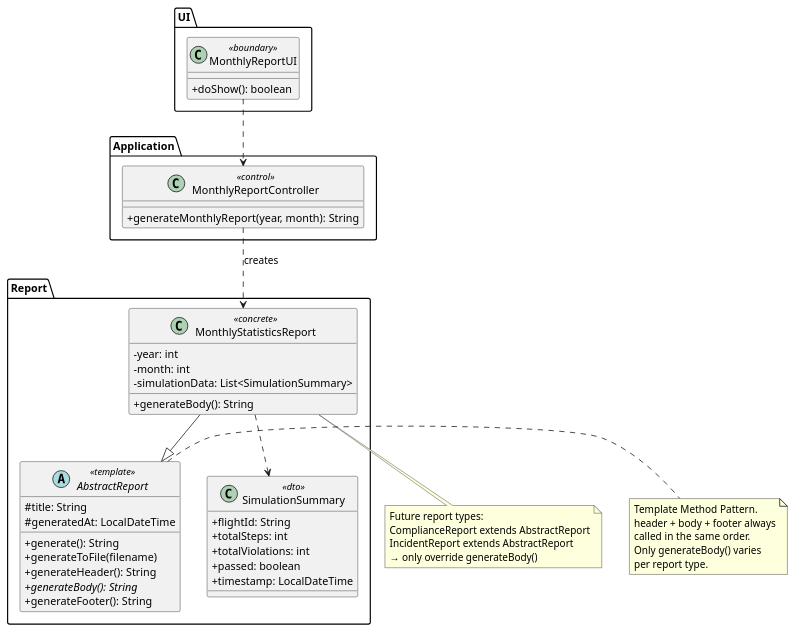
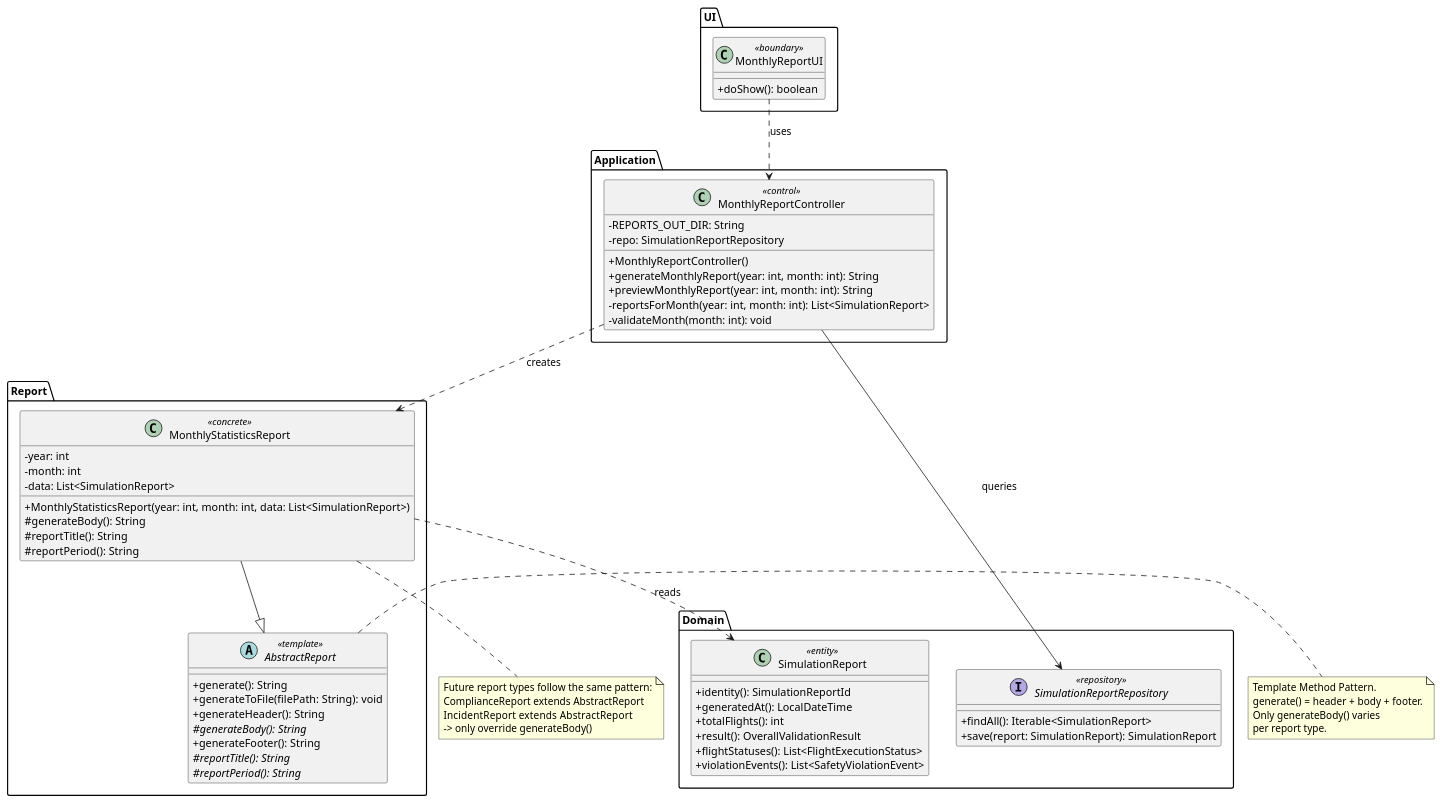
One commit to DuartePinto1240/sem4pi2526-sem4pi2526_2da2 changed the diagram in docs/Sprint 3/EAPLI/US112/puml/US112-class-diagram.puml. Above: the diagram before and after it, drawn with PlantUML. The commit also changed 25 other files, not shown here.

```diff
--- a/docs/Sprint 3/EAPLI/US112/puml/US112-class-diagram.puml
+++ b/docs/Sprint 3/EAPLI/US112/puml/US112-class-diagram.puml
@@ -1,60 +1,79 @@
 @startuml
 skinparam classAttributeIconSize 0
 
 package "UI" {
   class MonthlyReportUI <<boundary>> {
     +doShow(): boolean
   }
 }
 
 package "Application" {
   class MonthlyReportController <<control>> {
-    +generateMonthlyReport(year, month): String
+    -REPORTS_OUT_DIR: String
+    -repo: SimulationReportRepository
+    +MonthlyReportController()
+    +generateMonthlyReport(year: int, month: int): String
+    +previewMonthlyReport(year: int, month: int): String
+    -reportsForMonth(year: int, month: int): List<SimulationReport>
+    -validateMonth(month: int): void
   }
 }
 
 package "Report" {
   abstract class AbstractReport <<template>> {
-    #title: String
-    #generatedAt: LocalDateTime
     +generate(): String
-    +generateToFile(filename)
+    +generateToFile(filePath: String): void
     +generateHeader(): String
-    {abstract} +generateBody(): String
+    {abstract} #generateBody(): String
     +generateFooter(): String
+    {abstract} #reportTitle(): String
+    {abstract} #reportPeriod(): String
   }
+
   class MonthlyStatisticsReport <<concrete>> {
     -year: int
     -month: int
-    -simulationData: List<SimulationSummary>
-    +generateBody(): String
-  }
-  class SimulationSummary <<dto>> {
-    +flightId: String
-    +totalSteps: int
-    +totalViolations: int
-    +passed: boolean
-    +timestamp: LocalDateTime
+    -data: List<SimulationReport>
+    +MonthlyStatisticsReport(year: int, month: int, data: List<SimulationReport>)
+    #generateBody(): String
+    #reportTitle(): String
+    #reportPeriod(): String
   }
 }
 
-MonthlyReportUI ..> MonthlyReportController
+package "Domain" {
+  class SimulationReport <<entity>> {
+    +identity(): SimulationReportId
+    +generatedAt(): LocalDateTime
+    +totalFlights(): int
+    +result(): OverallValidationResult
+    +flightStatuses(): List<FlightExecutionStatus>
+    +violationEvents(): List<SafetyViolationEvent>
+  }
+
+  interface SimulationReportRepository <<repository>> {
+    +findAll(): Iterable<SimulationReport>
+    +save(report: SimulationReport): SimulationReport
+  }
+}
+
+MonthlyReportUI ..> MonthlyReportController : uses
 MonthlyReportController ..> MonthlyStatisticsReport : creates
+MonthlyReportController --> SimulationReportRepository : queries
 MonthlyStatisticsReport --|> AbstractReport
-MonthlyStatisticsReport ..> SimulationSummary
+MonthlyStatisticsReport ..> SimulationReport : reads
 
 note right of AbstractReport
   Template Method Pattern.
-  header + body + footer always
-  called in the same order.
+  generate() = header + body + footer.
   Only generateBody() varies
   per report type.
 end note
 
 note bottom of MonthlyStatisticsReport
-  Future report types:
+  Future report types follow the same pattern:
   ComplianceReport extends AbstractReport
-  IncidentReport extends AbstractReport
-  → only override generateBody()
+  IncidentReport   extends AbstractReport
+  -> only override generateBody()
 end note
 @enduml
```
